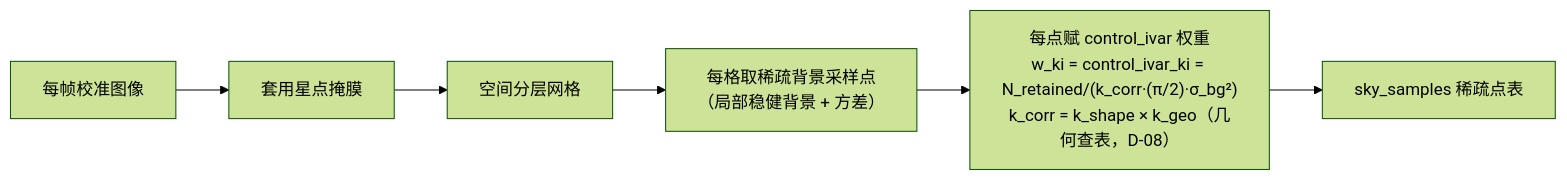
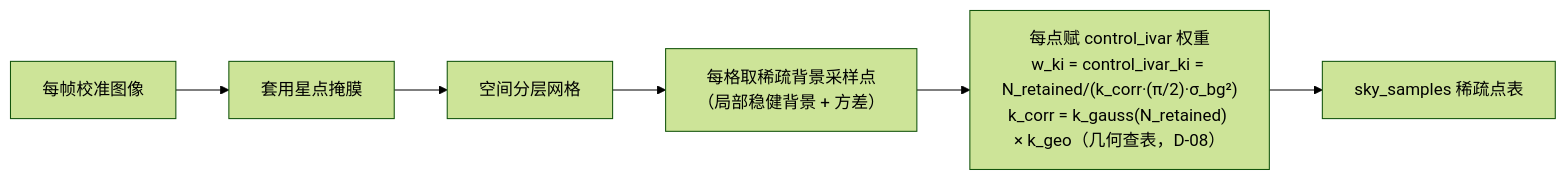
Before and after one commit to fujiaze/Astro-CS-Database: the diagram in docs/plugins/algorithms_phase2/10_sampling.md, drawn with Mermaid (forest theme). The commit also changed other lines of this file and 31 other files, not shown here.

Commit message:
docs: 对抗检查红黄级全量修复——k_corr 记号全域统一 k_gauss×k_geo、接缝门线性口径归属更正、k_gauss 表对齐 P3 正本、方差式分母 N_p²、虚警表双边口径、行漂移六锚实源核正（三检查员清单 30 项闭环）

````diff
--- a/docs/plugins/algorithms_phase2/10_sampling.md
+++ b/docs/plugins/algorithms_phase2/10_sampling.md
@@ -35,8 +35,8 @@
 ```mermaid
 flowchart LR
     F["每帧校准图像"] --> M["套用星点掩膜"]
     M --> GRID["空间分层网格"]
     GRID --> P["每格取稀疏背景采样点<br/>（局部稳健背景 + 方差）"]
-    P --> W["每点赋 control_ivar 权重<br/>w_ki = control_ivar_ki = N_retained/(k_corr·(π/2)·σ_bg²)<br/>k_corr = k_shape × k_geo（几何查表，D-08）"]
+    P --> W["每点赋 control_ivar 权重<br/>w_ki = control_ivar_ki = N_retained/(k_corr·(π/2)·σ_bg²)<br/>k_corr = k_gauss(N_retained) × k_geo（几何查表，D-08）"]
     W --> OUT["sky_samples 稀疏点表"]
 ```
````
